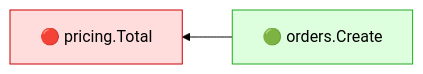
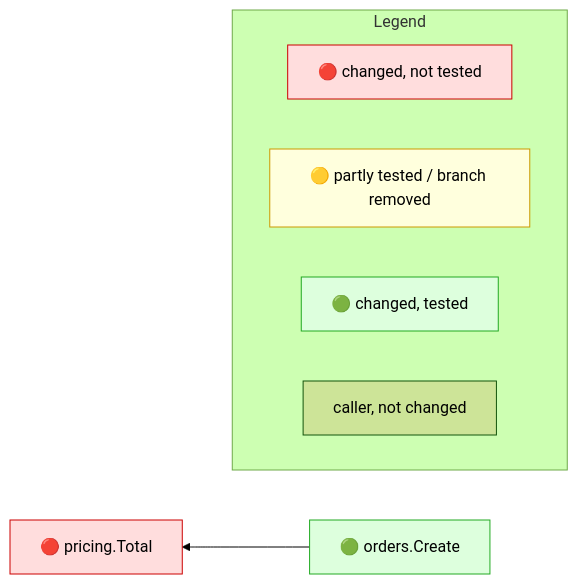
One commit to Kevinbarrero/mr-impact changed the diagram in testdata/e2e/exported_signature/expected.golden.md. Above: the diagram before and after it, drawn with Mermaid (forest theme). The commit also changed other lines of this file and 65 other files, not shown here.

````diff
--- a/testdata/e2e/exported_signature/expected.golden.md
+++ b/testdata/e2e/exported_signature/expected.golden.md
@@ -10,8 +12,16 @@
 ```mermaid
-graph RL
+flowchart RL
   n0["🔴 pricing.Total"]:::red
   n1["🟢 orders.Create"]:::green
   n1 --> n0
+  subgraph legend ["Legend"]
+    direction LR
+    lr["🔴 changed, not tested"]:::red
+    ly["🟡 partly tested / branch removed"]:::yellow
+    lg["🟢 changed, tested"]:::green
+    lc["caller, not changed"]
+  end
   classDef red fill:#fdd,stroke:#c00
+  classDef yellow fill:#ffd,stroke:#c90
   classDef green fill:#dfd,stroke:#2a2
 ```
````
